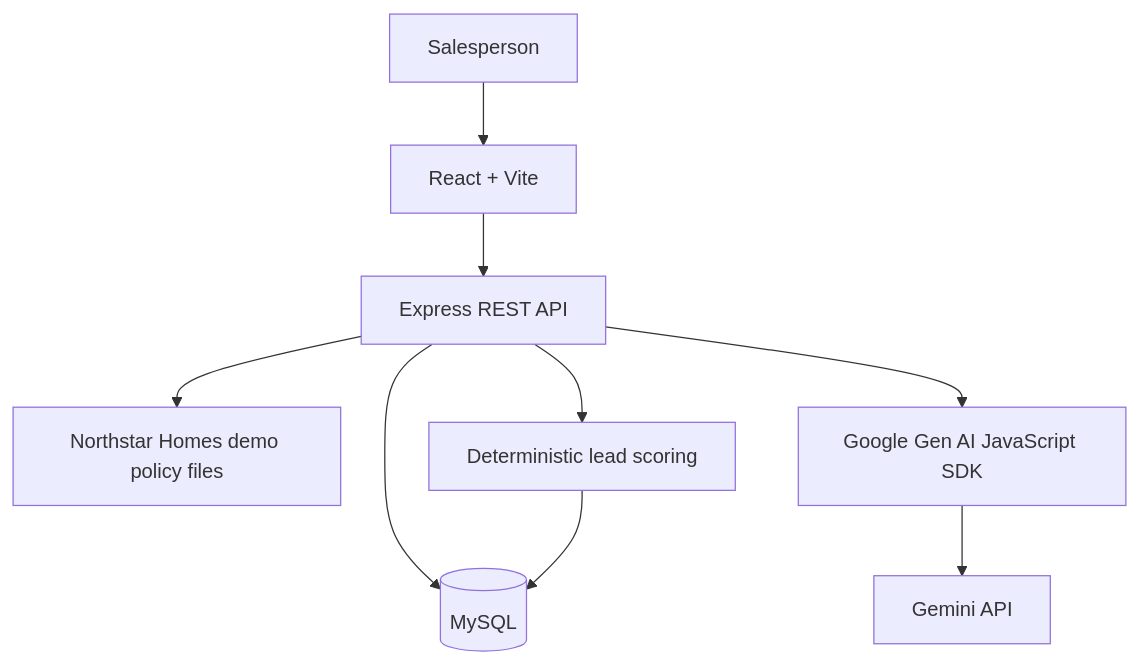
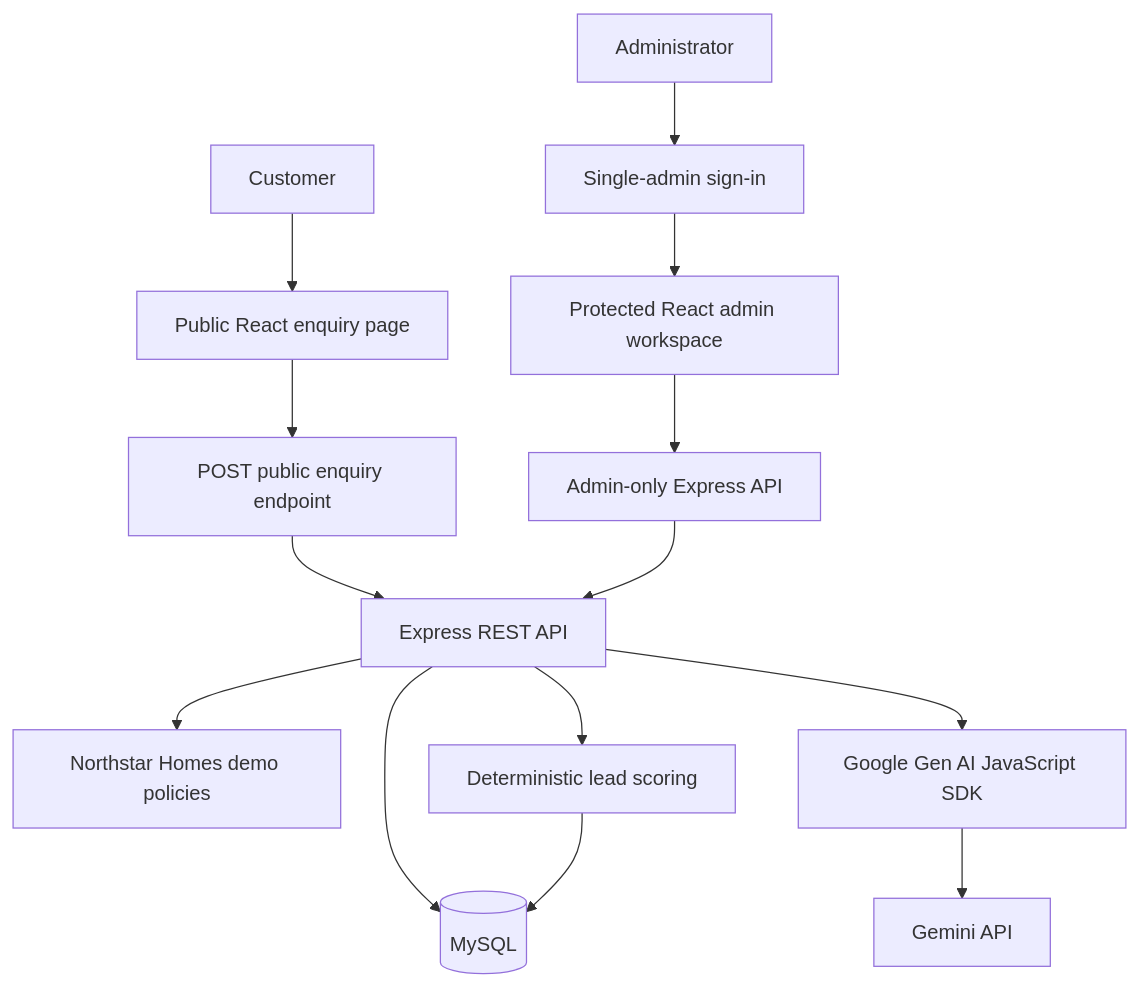
One commit to keerthivasan91/PropIntel changed the diagram in README.md. Above: the diagram before and after it, drawn with Mermaid. The commit also changed other lines of this file, not shown here.

Commit message:
docs: update architecture for customer and admin portals

````diff
--- a/README.md
+++ b/README.md
@@ -22,11 +24,16 @@
 ```mermaid
 flowchart TD
-    S[Salesperson] --> UI[React + Vite]
-    UI --> API[Express REST API]
+    C[Customer] --> PUBLIC[Public React enquiry page]
+    PUBLIC --> INTAKE[POST public enquiry endpoint]
+    A[Administrator] --> LOGIN[Single-admin sign-in]
+    LOGIN --> ADMIN[Protected React admin workspace]
+    ADMIN --> PROTECTED[Admin-only Express API]
+    INTAKE --> API[Express REST API]
+    PROTECTED --> API
     API --> DB[(MySQL)]
-    API --> POLICY[Northstar Homes demo policy files]
+    API --> POLICY[Northstar Homes demo policies]
     API --> SDK[Google Gen AI JavaScript SDK]
     SDK --> GEMINI[Gemini API]
     API --> SCORE[Deterministic lead scoring]
     SCORE --> DB
 ```
````
